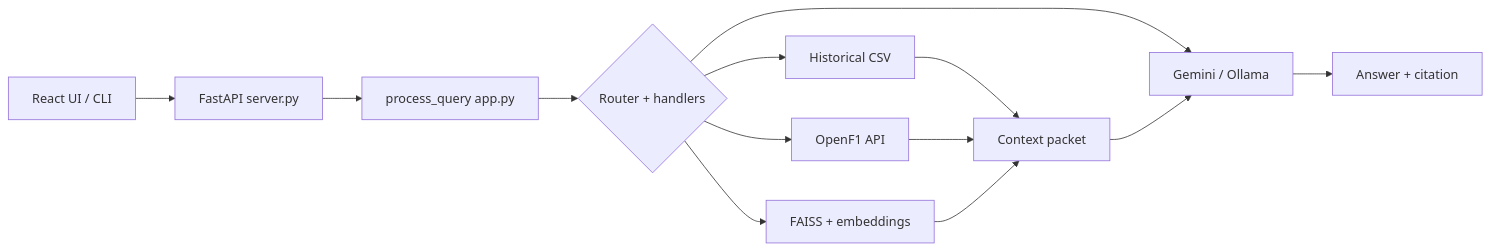
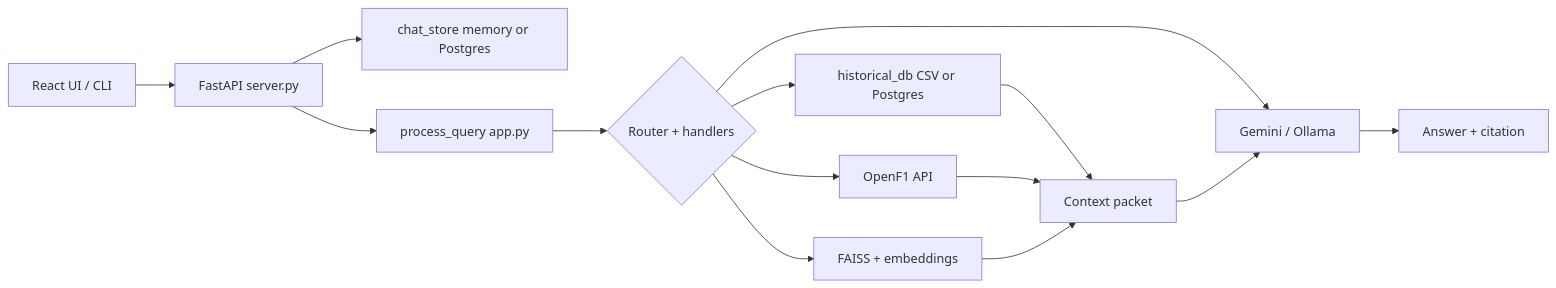
One commit to Ayushforai/F1-chatbot changed the first of 5 diagrams in README.md. Above: the diagram before and after it, drawn with Mermaid. The commit also changed other lines of this file, not shown here.

First line of the commit message:
Document PostgreSQL setup, schema, and historical backend options in README.

````diff
--- a/README.md
+++ b/README.md
@@ -210,15 +199,16 @@
 ```mermaid
 flowchart LR
   UI[React UI / CLI] --> API[FastAPI server.py]
+  API --> MEM[chat_store memory or Postgres]
   API --> PQ[process_query app.py]
   PQ --> R{Router + handlers}
-  R --> CSV[Historical CSV]
+  R --> ARCH[historical_db CSV or Postgres]
   R --> OF1[OpenF1 API]
   R --> RAG[FAISS + embeddings]
   R --> LLM[Gemini / Ollama]
-  CSV --> CTX[Context packet]
+  ARCH --> CTX[Context packet]
   OF1 --> CTX
   RAG --> CTX
   CTX --> LLM
   LLM --> OUT[Answer + citation]
 ```
````
